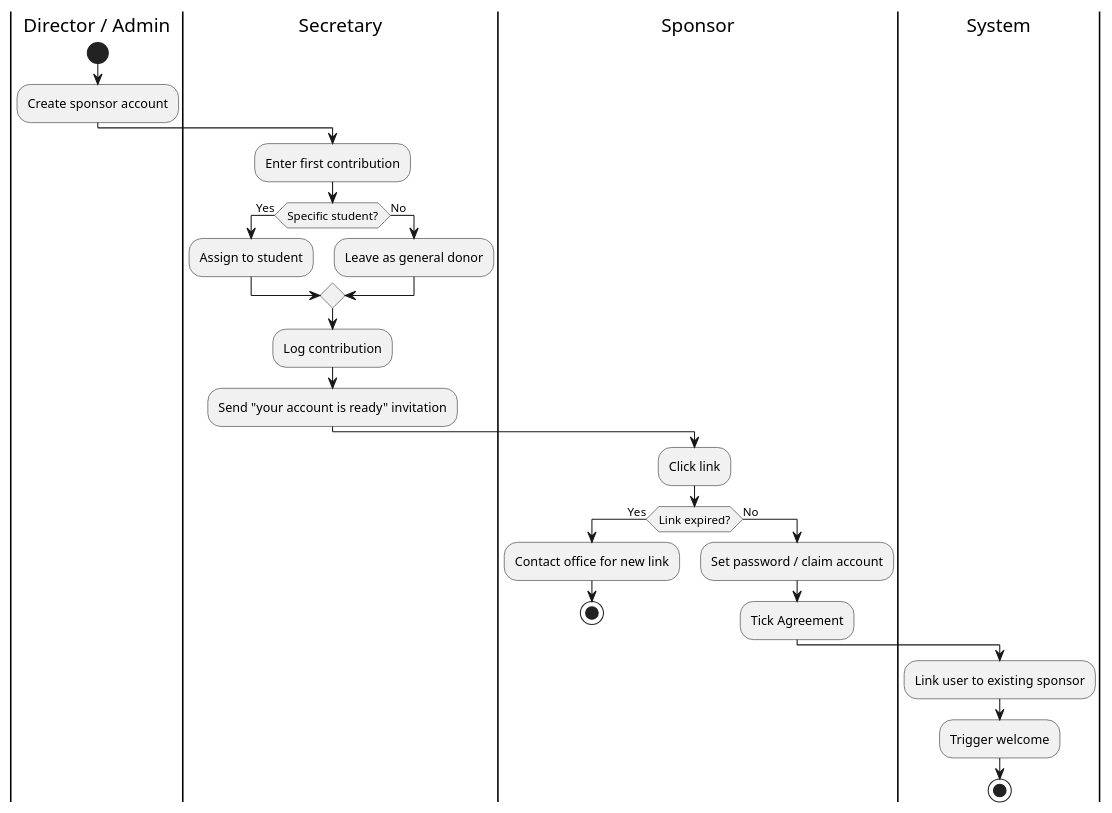
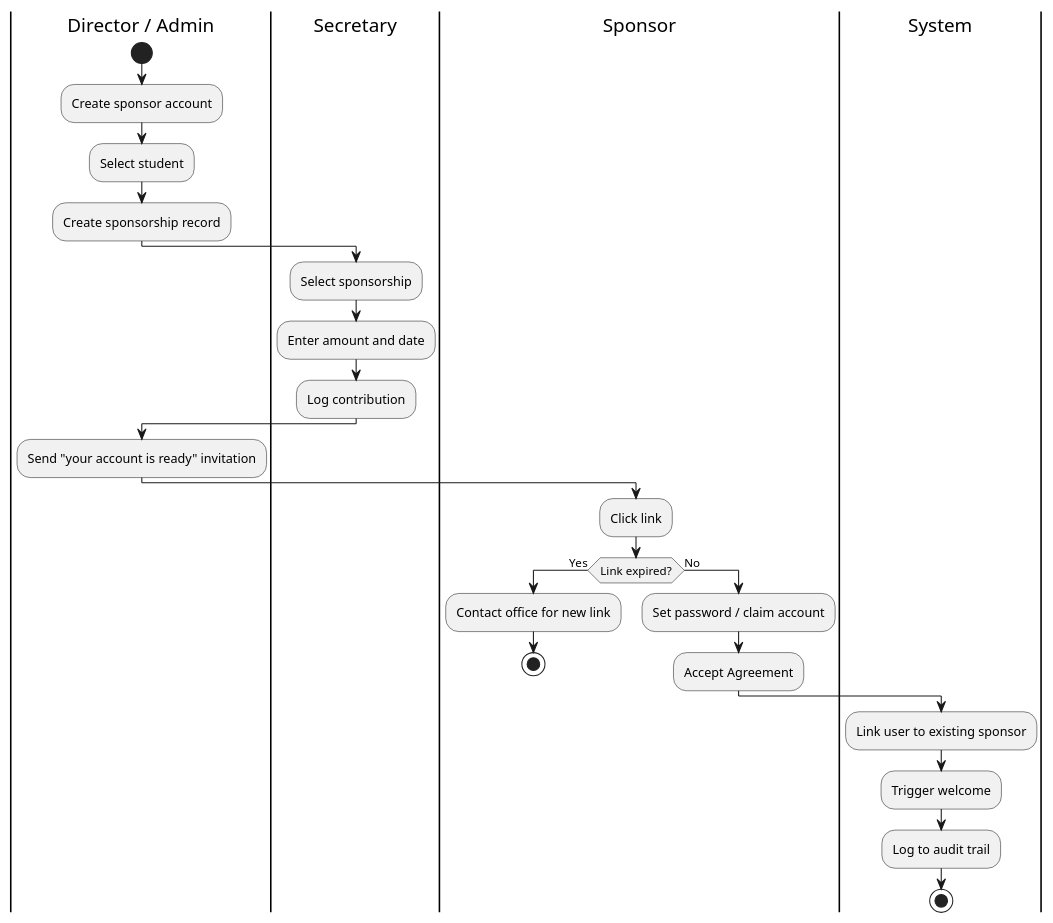
Before and after one commit to TainYanTun/BHSMS-Architectural-Blueprint: the diagram in activity-diagram/workflow_sponsor.puml, drawn with PlantUML. The commit also changed 21 other files, not shown here.

First line of the commit message:
feat: add email gateway broadcast, sync ERD, update workflow diagrams

```diff
--- a/activity-diagram/workflow_sponsor.puml
+++ b/activity-diagram/workflow_sponsor.puml
@@ -1,29 +1,30 @@
 @startuml
 |Director / Admin|
 start
 :Create sponsor account;
+:Select student;
+:Create sponsorship record;
 |Secretary|
-:Enter first contribution;
-if (Specific student?) then (Yes)
-  :Assign to student;
-else (No)
-  :Leave as general donor;
-endif
+:Select sponsorship;
+:Enter amount and date;
 :Log contribution;
+
+|Director / Admin|
 :Send "your account is ready" invitation;
 
 |Sponsor|
 :Click link;
 if (Link expired?) then (Yes)
   :Contact office for new link;
   stop
 else (No)
   :Set password / claim account;
-  :Tick Agreement;
+  :Accept Agreement;
 endif
 
 |System|
 :Link user to existing sponsor;
 :Trigger welcome;
+:Log to audit trail;
 stop
 @enduml
```
